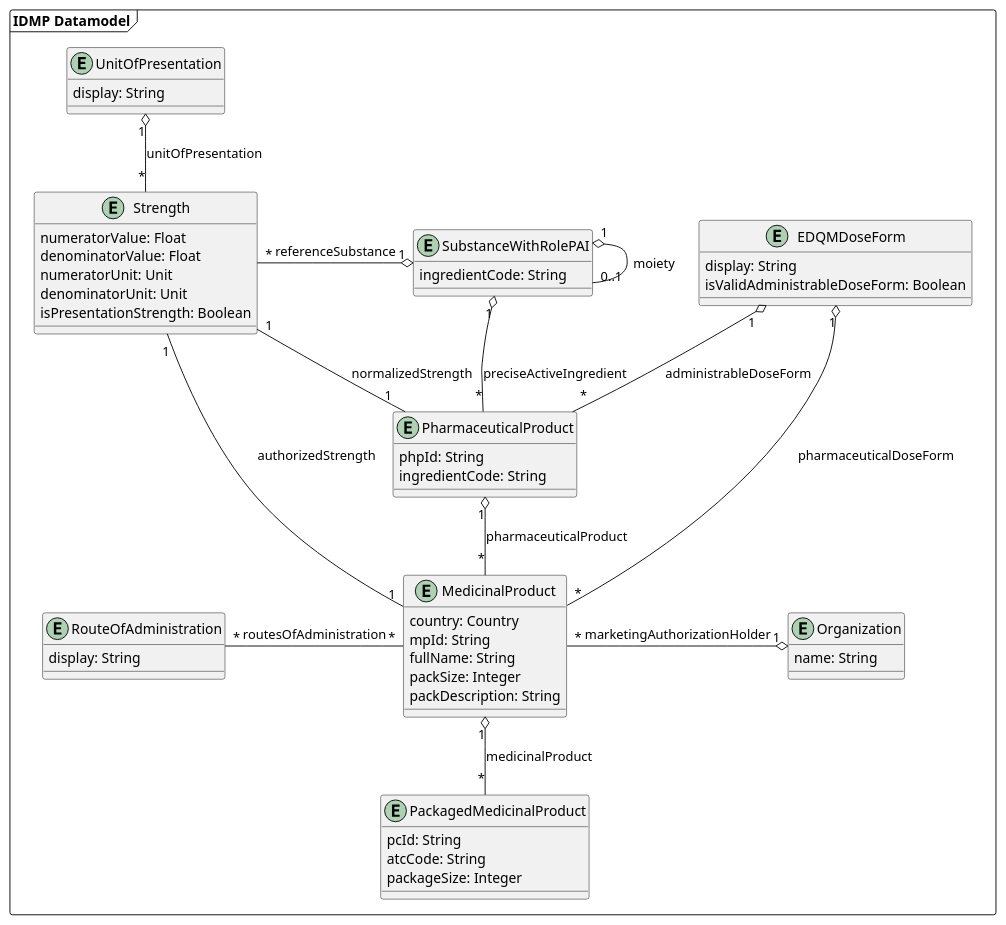
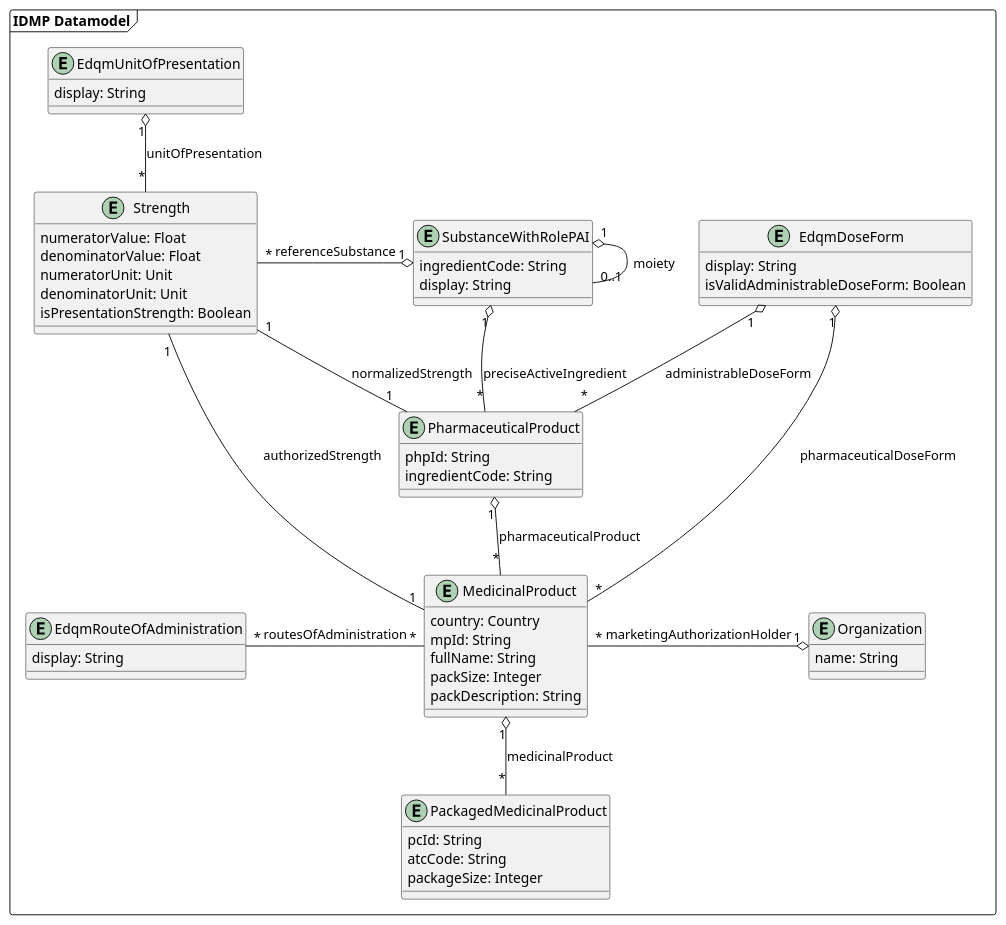
The diagram in uml/class/datamodel.puml (unicom-project-eu/wp6-db-api), drawn with PlantUML before and after one commit.

Commit message:
Renamed to Edqm[something]

```diff
--- a/uml/class/datamodel.puml
+++ b/uml/class/datamodel.puml
@@ -1,72 +1,73 @@
 @startuml
 'https://plantuml.com/class-diagram
 
 package "IDMP Datamodel" as idmpDatamodel <<frame>> {
-    entity RouteOfAdministration {
+    entity EdqmRouteOfAdministration {
         display: String
     }
 
-    entity UnitOfPresentation {
+    entity EdqmUnitOfPresentation {
         display: String
     }
 
     together {
-        entity EDQMDoseForm {
+        entity EdqmDoseForm {
             display: String
             isValidAdministrableDoseForm: Boolean
         }
 
         entity Strength {
             numeratorValue: Float
             denominatorValue: Float
             numeratorUnit: Unit
             denominatorUnit: Unit
             isPresentationStrength: Boolean
         }
 
         entity SubstanceWithRolePAI {
             ingredientCode: String
+            display: String
         }
     }
 
     entity PharmaceuticalProduct {
         phpId: String
         ingredientCode: String
     }
 
     entity MedicinalProduct {
         country: Country
         mpId: String
         fullName: String
         packSize: Integer
         packDescription: String
     }
 
     entity PackagedMedicinalProduct {
         pcId: String
         atcCode: String
         packageSize: Integer
     }
 
     entity Organization {
         name: String
     }
 
     SubstanceWithRolePAI "1" o---- "*" PharmaceuticalProduct : preciseActiveIngredient
     SubstanceWithRolePAI "1" o- "0..1" SubstanceWithRolePAI : moiety
-    EDQMDoseForm "1" o-- "*" PharmaceuticalProduct : administrableDoseForm
+    EdqmDoseForm "1" o-- "*" PharmaceuticalProduct : administrableDoseForm
     Strength "1" -- "1" PharmaceuticalProduct : normalizedStrength
 
     PharmaceuticalProduct "1" o-- "*" MedicinalProduct : pharmaceuticalProduct
 
     MedicinalProduct "1" o-- "*" PackagedMedicinalProduct : medicinalProduct
-    MedicinalProduct "*" --o "1" EDQMDoseForm : pharmaceuticalDoseForm
+    MedicinalProduct "*" --o "1" EdqmDoseForm : pharmaceuticalDoseForm
     MedicinalProduct "1" -- "1" Strength : authorizedStrength
-    RouteOfAdministration "*" - "*" MedicinalProduct : routesOfAdministration
-    UnitOfPresentation "1" o-- "*" Strength: unitOfPresentation
+    EdqmRouteOfAdministration "*" - "*" MedicinalProduct : routesOfAdministration
+    EdqmUnitOfPresentation "1" o-- "*" Strength: unitOfPresentation
 
     MedicinalProduct "*" -o "1" Organization : marketingAuthorizationHolder
 
     Strength "*" -o "1" SubstanceWithRolePAI : referenceSubstance
 }
 @enduml
```
